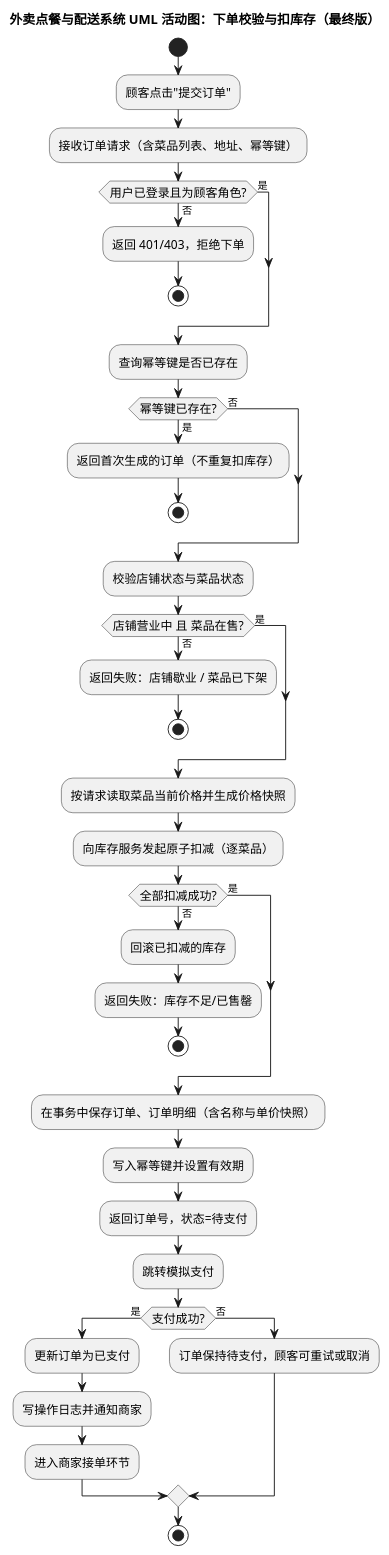
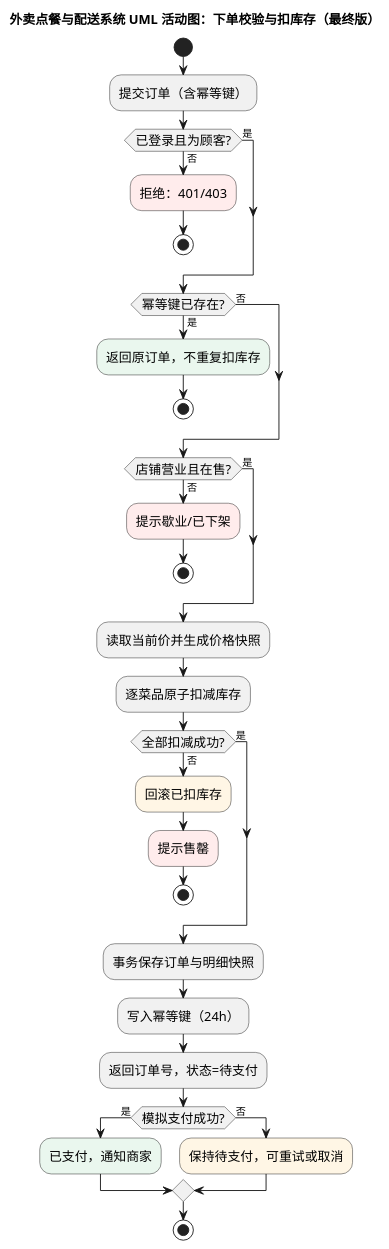
One commit to JZCTX/SEpa2026 changed the diagram in 实验2/UML/UML活动图.puml. Above: the diagram before and after it, drawn with PlantUML. The commit also changed 6 other files, not shown here.

Commit message:
lab2: 重绘用例图/活动图/组件图并统一 AI 记录数量口径（人工复核）

```diff
--- a/实验2/UML/UML活动图.puml
+++ b/实验2/UML/UML活动图.puml
@@ -1,59 +1,47 @@
 @startuml
 skinparam defaultFontName "Microsoft YaHei"
 skinparam backgroundColor #FFFFFF
 skinparam shadowing false
-skinparam activityFontSize 13
+skinparam activityFontSize 14
 skinparam ArrowFontSize 11
+skinparam nodesep 20
+skinparam ranksep 28
 
 title 外卖点餐与配送系统 UML 活动图：下单校验与扣库存（最终版）
 
 start
-:顾客点击"提交订单";
-:接收订单请求（含菜品列表、地址、幂等键）;
-
-if (用户已登录且为顾客角色?) then (否)
-  :返回 401/403，拒绝下单;
+:提交订单（含幂等键）;
+if (已登录且为顾客?) then (否)
+  #FFECEC:拒绝：401/403;
   stop
 else (是)
 endif
-
-:查询幂等键是否已存在;
-
 if (幂等键已存在?) then (是)
-  :返回首次生成的订单（不重复扣库存）;
+  #EAF7EE:返回原订单，不重复扣库存;
   stop
 else (否)
 endif
-
-:校验店铺状态与菜品状态;
-if (店铺营业中 且 菜品在售?) then (否)
-  :返回失败：店铺歇业 / 菜品已下架;
+if (店铺营业且在售?) then (否)
+  #FFECEC:提示歇业/已下架;
   stop
 else (是)
 endif
-
-:按请求读取菜品当前价格并生成价格快照;
-:向库存服务发起原子扣减（逐菜品）;
-
+:读取当前价并生成价格快照;
+:逐菜品原子扣减库存;
 if (全部扣减成功?) then (否)
-  :回滚已扣减的库存;
-  :返回失败：库存不足/已售罄;
+  #FFF6E5:回滚已扣库存;
+  #FFECEC:提示售罄;
   stop
 else (是)
 endif
-
-:在事务中保存订单、订单明细（含名称与单价快照）;
-:写入幂等键并设置有效期;
+:事务保存订单与明细快照;
+:写入幂等键（24h）;
 :返回订单号，状态=待支付;
-:跳转模拟支付;
-
-if (支付成功?) then (是)
-  :更新订单为已支付;
-  :写操作日志并通知商家;
-  :进入商家接单环节;
+if (模拟支付成功?) then (是)
+  #EAF7EE:已支付，通知商家;
 else (否)
-  :订单保持待支付，顾客可重试或取消;
+  #FFF6E5:保持待支付，可重试或取消;
 endif
 stop
 
 @enduml
```
